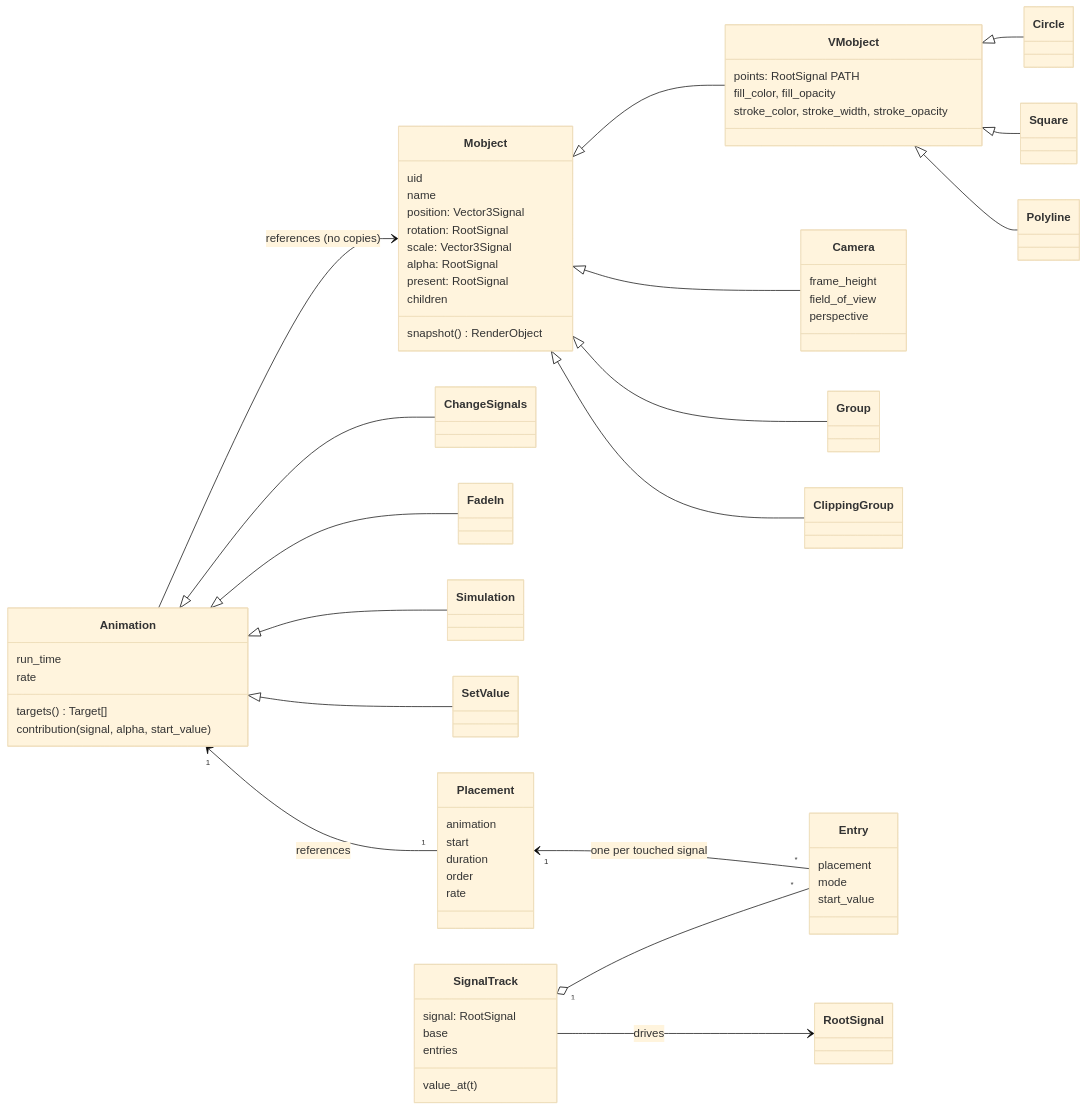
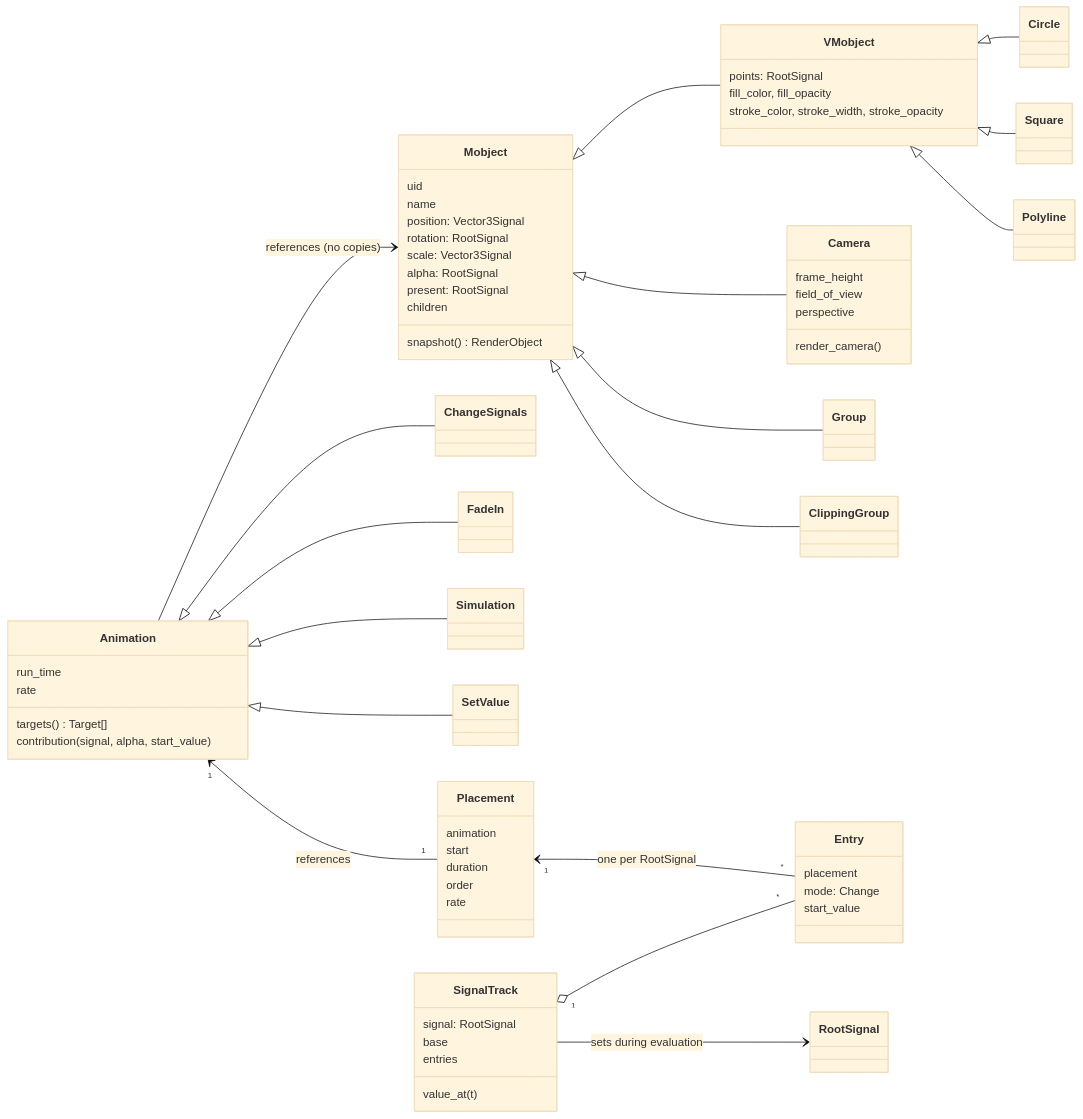
Before and after one commit to MrDiver/manim: the third of 8 diagrams in manimx/ARCHITECTURE.md, drawn with Mermaid (base theme). The commit also changed other lines of this file, not shown here.

First line of the commit message:
manimx: describe the architecture with the names from the code

````diff
--- a/manimx/ARCHITECTURE.md
+++ b/manimx/ARCHITECTURE.md
@@ -139,68 +149,69 @@
 ```mermaid
 classDiagram
     direction LR
     class Mobject {
         uid
         name
         position: Vector3Signal
         rotation: RootSignal
         scale: Vector3Signal
         alpha: RootSignal
         present: RootSignal
         children
         snapshot() RenderObject
     }
     class VMobject {
-        points: RootSignal PATH
+        points: RootSignal
         fill_color, fill_opacity
         stroke_color, stroke_width, stroke_opacity
     }
     class Camera {
         frame_height
         field_of_view
         perspective
+        render_camera()
     }
     Mobject <|-- VMobject
     Mobject <|-- Group
     Mobject <|-- ClippingGroup
     Mobject <|-- Camera
     VMobject <|-- Circle
     VMobject <|-- Square
     VMobject <|-- Polyline
 
     class Animation {
         run_time
         rate
         targets() Target[]
         contribution(signal, alpha, start_value)
     }
     Animation <|-- ChangeSignals
     Animation <|-- FadeIn
     Animation <|-- Simulation
     Animation <|-- SetValue
 
     class Placement {
         animation
         start
         duration
         order
         rate
     }
     class Entry {
         placement
-        mode
+        mode: Change
         start_value
     }
     class SignalTrack {
         signal: RootSignal
         base
         entries
         value_at(t)
     }
 
     Animation "1" <-- "1" Placement : references
-    Placement "1" <-- "*" Entry : one per touched signal
+    Placement "1" <-- "*" Entry : one per RootSignal
     SignalTrack "1" o-- "*" Entry
-    SignalTrack --> RootSignal : drives
+    SignalTrack --> RootSignal : sets during evaluation
     Animation --> Mobject : references (no copies)
 ```
````
